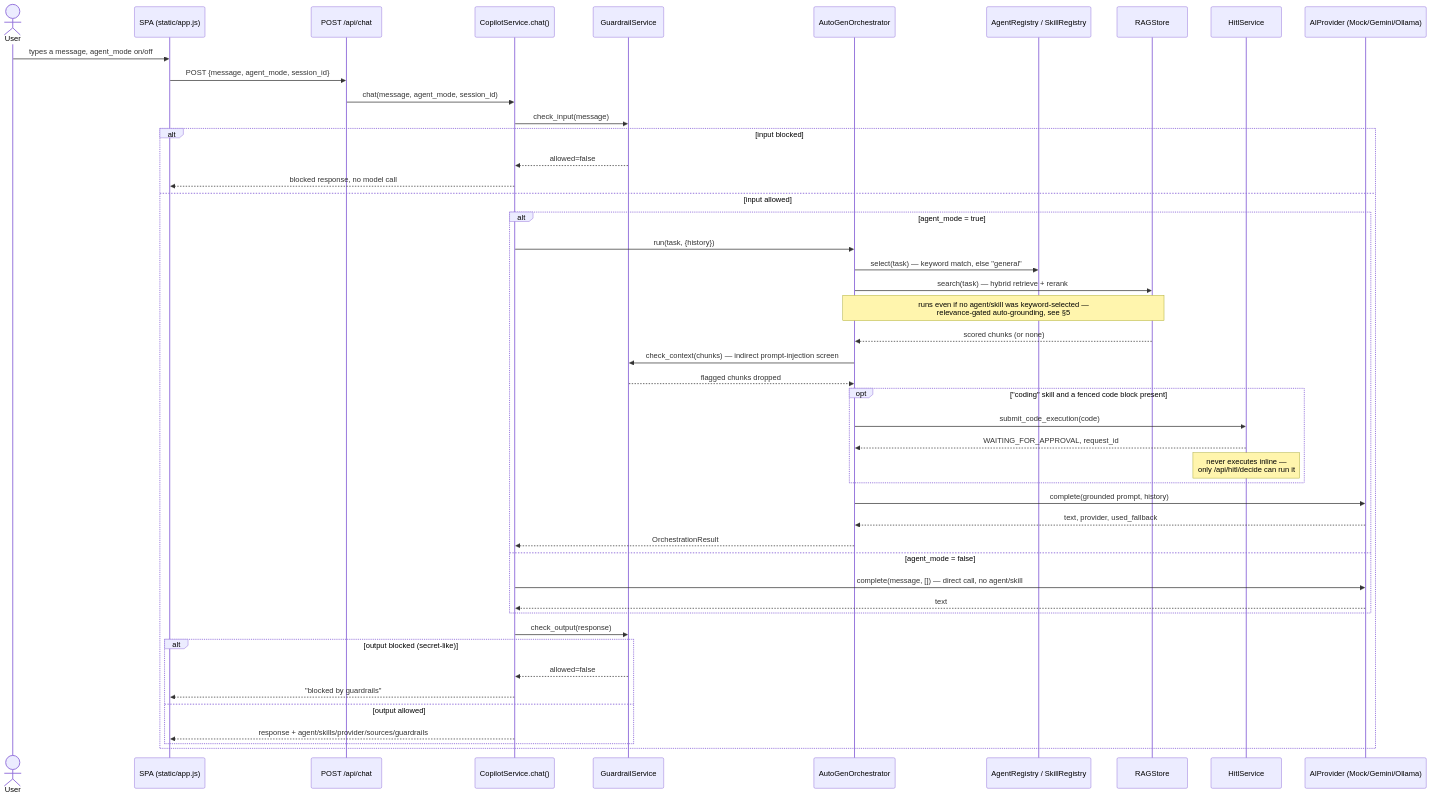
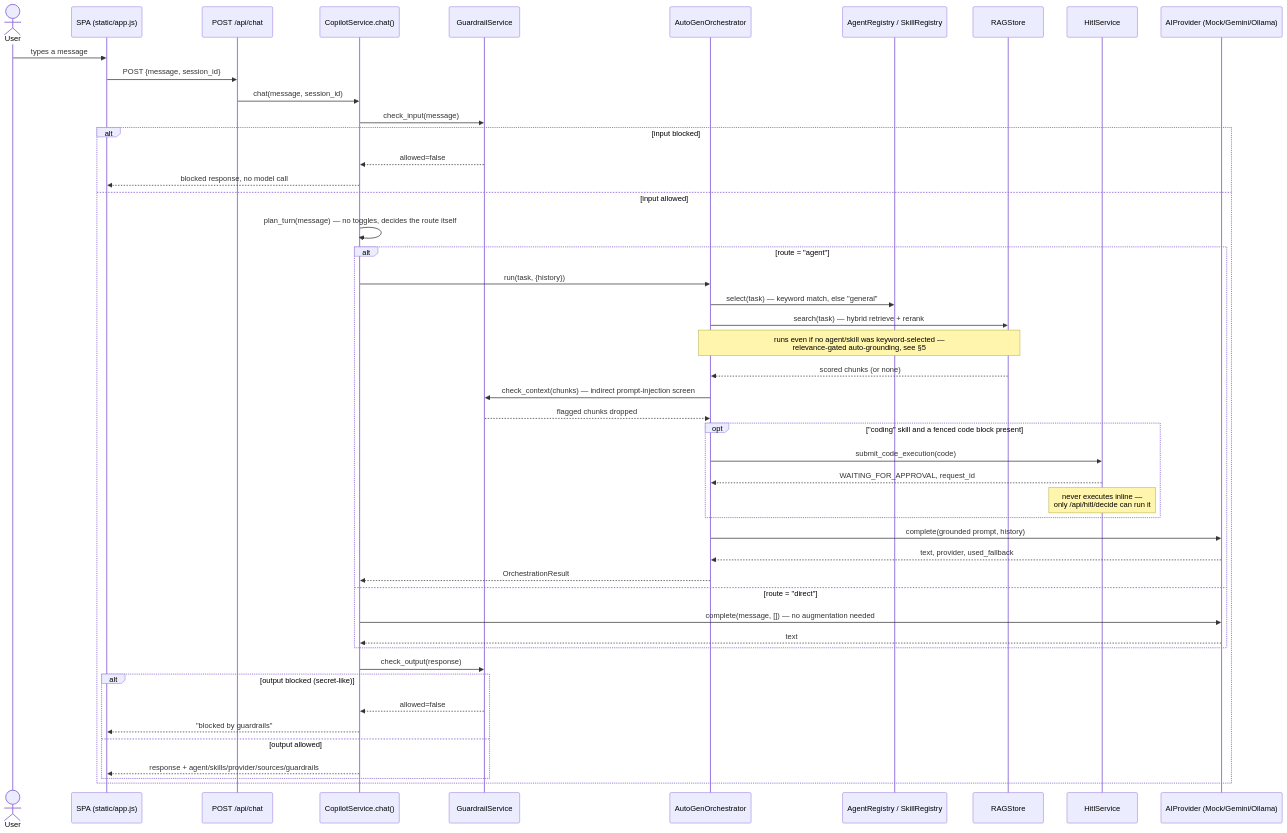
The second of 3 diagrams in docs/agent-overview.md (ANILEARNING/enterprise-copilot), drawn with Mermaid before and after one commit. The commit also changed other lines of this file and 62 other files, not shown here.

````diff
--- a/docs/agent-overview.md
+++ b/docs/agent-overview.md
@@ -101,50 +102,51 @@
 ```mermaid
 sequenceDiagram
     actor User
     participant UI as SPA (static/app.js)
     participant API as POST /api/chat
     participant Svc as CopilotService.chat()
     participant GR as GuardrailService
     participant Orc as AutoGenOrchestrator
     participant Reg as AgentRegistry / SkillRegistry
     participant Rag as RAGStore
     participant Hitl as HitlService
     participant AI as AIProvider (Mock/Gemini/Ollama)
 
-    User->>UI: types a message, agent_mode on/off
-    UI->>API: POST {message, agent_mode, session_id}
-    API->>Svc: chat(message, agent_mode, session_id)
+    User->>UI: types a message
+    UI->>API: POST {message, session_id}
+    API->>Svc: chat(message, session_id)
     Svc->>GR: check_input(message)
     alt input blocked
         GR-->>Svc: allowed=false
         Svc-->>UI: blocked response, no model call
     else input allowed
-        alt agent_mode = true
+        Svc->>Svc: plan_turn(message) — no toggles, decides the route itself
+        alt route = "agent"
             Svc->>Orc: run(task, {history})
             Orc->>Reg: select(task) — keyword match, else "general"
             Orc->>Rag: search(task) — hybrid retrieve + rerank
             Note over Orc,Rag: runs even if no agent/skill was keyword-selected —<br/>relevance-gated auto-grounding, see §5
             Rag-->>Orc: scored chunks (or none)
             Orc->>GR: check_context(chunks) — indirect prompt-injection screen
             GR-->>Orc: flagged chunks dropped
             opt "coding" skill and a fenced code block present
                 Orc->>Hitl: submit_code_execution(code)
                 Hitl-->>Orc: WAITING_FOR_APPROVAL, request_id
                 Note over Hitl: never executes inline —<br/>only /api/hitl/decide can run it
             end
             Orc->>AI: complete(grounded prompt, history)
             AI-->>Orc: text, provider, used_fallback
             Orc-->>Svc: OrchestrationResult
-        else agent_mode = false
-            Svc->>AI: complete(message, []) — direct call, no agent/skill
+        else route = "direct"
+            Svc->>AI: complete(message, []) — no augmentation needed
             AI-->>Svc: text
         end
         Svc->>GR: check_output(response)
         alt output blocked (secret-like)
             GR-->>Svc: allowed=false
             Svc-->>UI: "blocked by guardrails"
         else output allowed
             Svc-->>UI: response + agent/skills/provider/sources/guardrails
         end
     end
 ```
````
